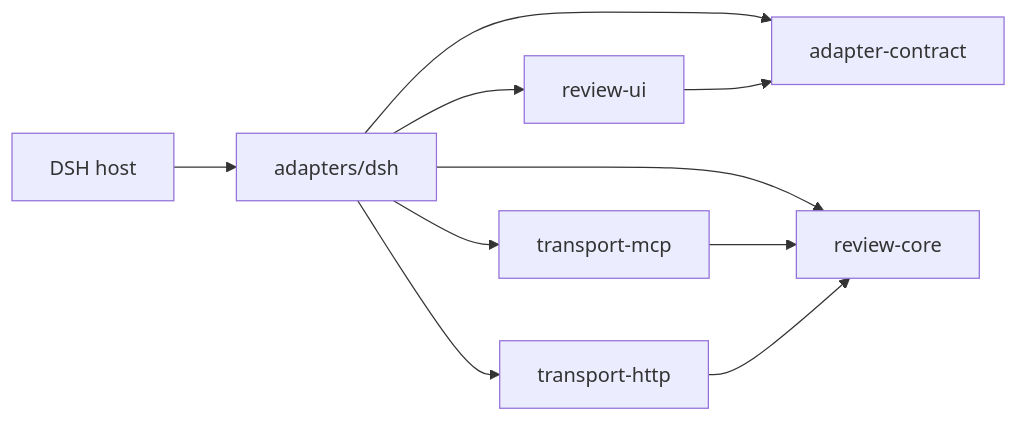
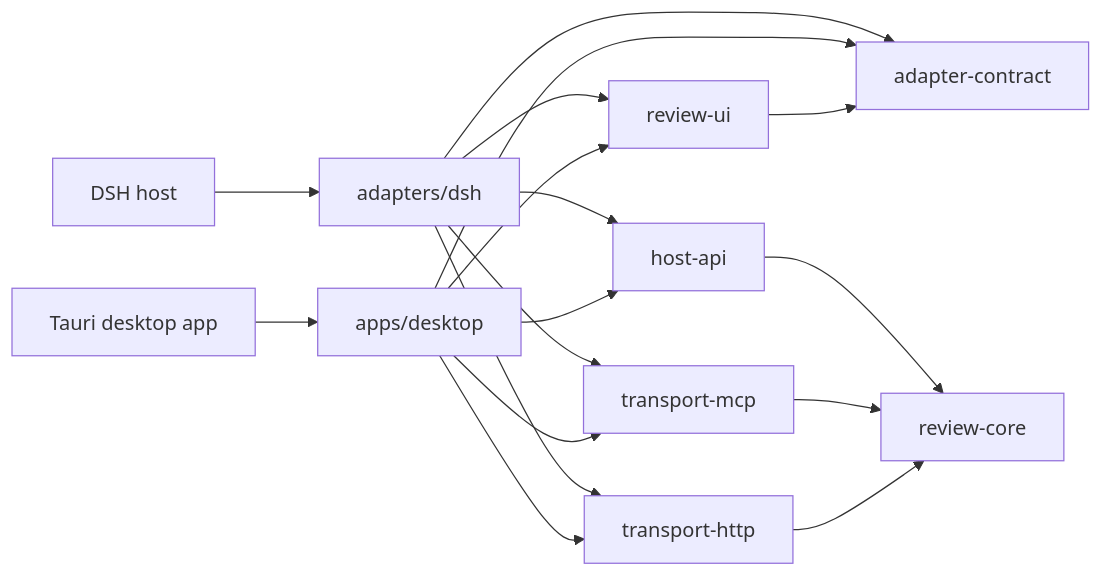
The diagram in docs/09-host-adapters-architecture.md (hanfang5057-byte/co-space), drawn with Mermaid before and after one commit. The commit also changed other lines of this file and 56 other files, not shown here.

Commit message:
feat: add desktop app workspace

````diff
--- a/docs/09-host-adapters-architecture.md
+++ b/docs/09-host-adapters-architecture.md
@@ -7,12 +7,19 @@
 ```mermaid
 flowchart LR
   HOST[DSH host] --> DSH[adapters/dsh]
+  DESKTOP[Tauri desktop app] --> DESKTOPAPP[apps/desktop]
   DSH --> CONTRACT[adapter-contract]
-  DSH --> CORE[review-core]
+  DESKTOPAPP --> CONTRACT
+  DSH --> HOSTAPI[host-api]
+  DESKTOPAPP --> HOSTAPI
+  HOSTAPI --> CORE[review-core]
   DSH --> UI[review-ui]
+  DESKTOPAPP --> UI
   DSH --> MCP[transport-mcp]
+  DESKTOPAPP --> MCP
   DSH --> HTTP[transport-http]
+  DESKTOPAPP --> HTTP
   UI --> CONTRACT
   MCP --> CORE
   HTTP --> CORE
 ```
````
